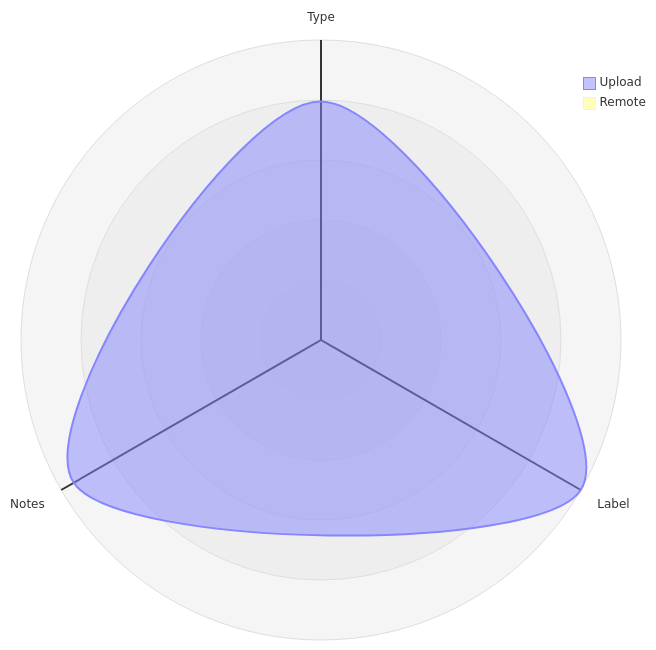
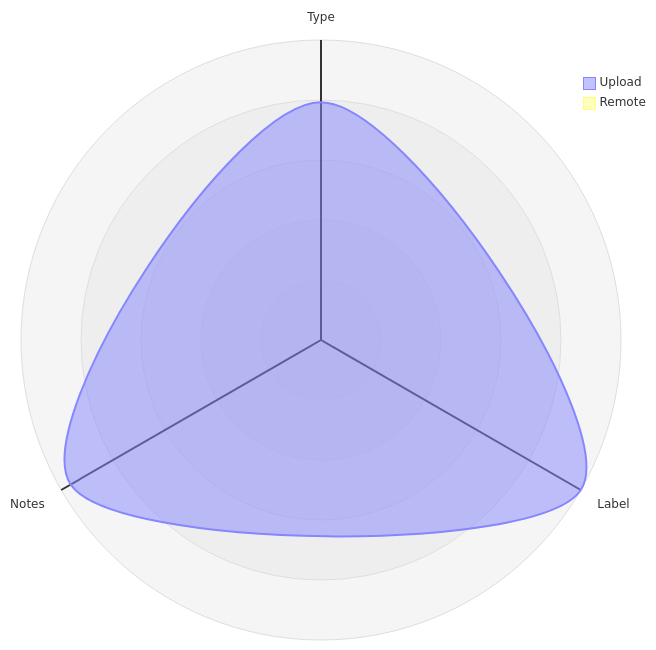
The third of 5 diagrams in datastore_tracker/README.md (open-data/analytics-corporate-reporting), drawn with Mermaid before and after one commit. The commit also changed other lines of this file and 9 other files, not shown here.

````diff
--- a/datastore_tracker/README.md
+++ b/datastore_tracker/README.md
@@ -104,12 +104,12 @@
 ```mermaid
 radar-beta
   axis T["Type"], L["Label"], N["Notes"]
-  curve u["Upload"]{0.00066, 0.00083, 0.00079}
+  curve u["Upload"]{0.00065, 0.00082, 0.00079}
   curve r["Remote"]{0, 0, 0}
 
   showLegend true
 
   min 0
   graticule circle
   ticks 5
 ```
````
